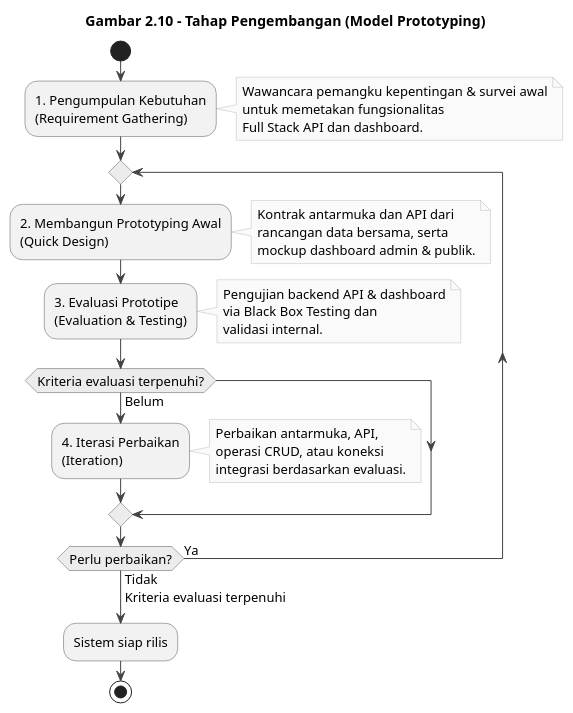
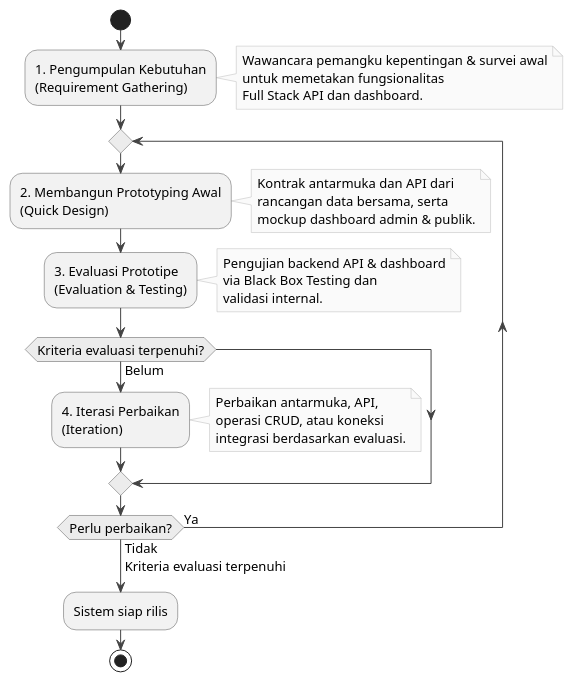
One commit to Jokskuyy/workflow-ta-proyek changed the diagram in diagrams/gambar-2.10-tahap-pengembangan.puml. Above: the diagram before and after it, drawn with PlantUML. The commit also changed 52 other files, not shown here.

Commit message:
docs: finalisasi laporan Iman dan diagram UML

```diff
--- a/diagrams/gambar-2.10-tahap-pengembangan.puml
+++ b/diagrams/gambar-2.10-tahap-pengembangan.puml
@@ -1,58 +1,57 @@
 @startuml gambar-2-10-tahap-pengembangan
 ' Gambar 2.10 - Tahap Pengembangan (Model Prototyping, iteratif)
 ' Sumber: BAB II - 2.3.1 Rencana Pengembangan
 
 skinparam backgroundColor #FFFFFF
 skinparam shadowing false
 skinparam defaultFontName "Segoe UI"
 skinparam defaultFontSize 13
 skinparam ArrowColor #444444
 skinparam ActivityBorderColor #555555
 skinparam ActivityBackgroundColor #F2F2F2
 skinparam ActivityDiamondBackgroundColor #ECECEC
 skinparam ActivityDiamondBorderColor #555555
 skinparam NoteBackgroundColor #FAFAFA
 skinparam NoteBorderColor #BBBBBB
 
-title Gambar 2.10 - Tahap Pengembangan (Model Prototyping)
 
 start
 
 :1. Pengumpulan Kebutuhan\n(Requirement Gathering);
 note right
   Wawancara pemangku kepentingan & survei awal
   untuk memetakan fungsionalitas
   Full Stack API dan dashboard.
 end note
 
 repeat
   :2. Membangun Prototyping Awal\n(Quick Design);
   note right
     Kontrak antarmuka dan API dari
     rancangan data bersama, serta
     mockup dashboard admin & publik.
   end note
 
   :3. Evaluasi Prototipe\n(Evaluation & Testing);
   note right
     Pengujian backend API & dashboard
     via Black Box Testing dan
     validasi internal.
   end note
 
   if (Kriteria evaluasi terpenuhi?) then (Belum)
     :4. Iterasi Perbaikan\n(Iteration);
     note right
       Perbaikan antarmuka, API,
       operasi CRUD, atau koneksi
       integrasi berdasarkan evaluasi.
     end note
   endif
 repeat while (Perlu perbaikan?) is (Ya) not (Tidak)
 ->Kriteria evaluasi terpenuhi;
 
 :Sistem siap rilis;
 
 stop
 
 @enduml
```
